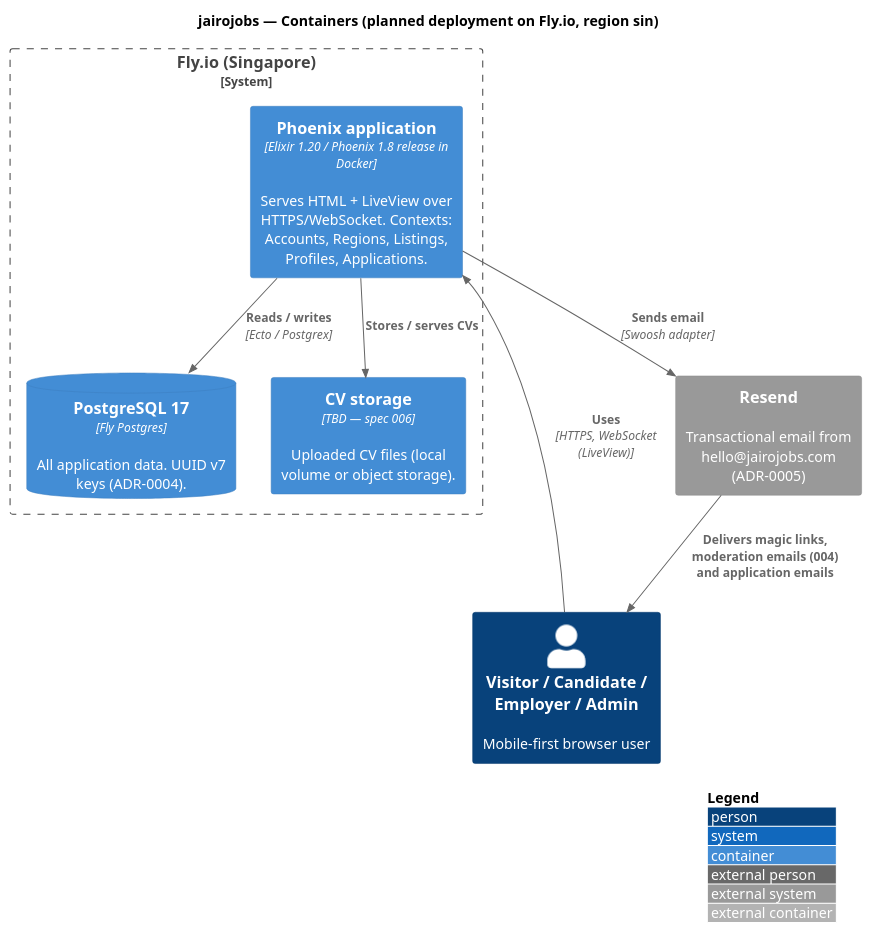
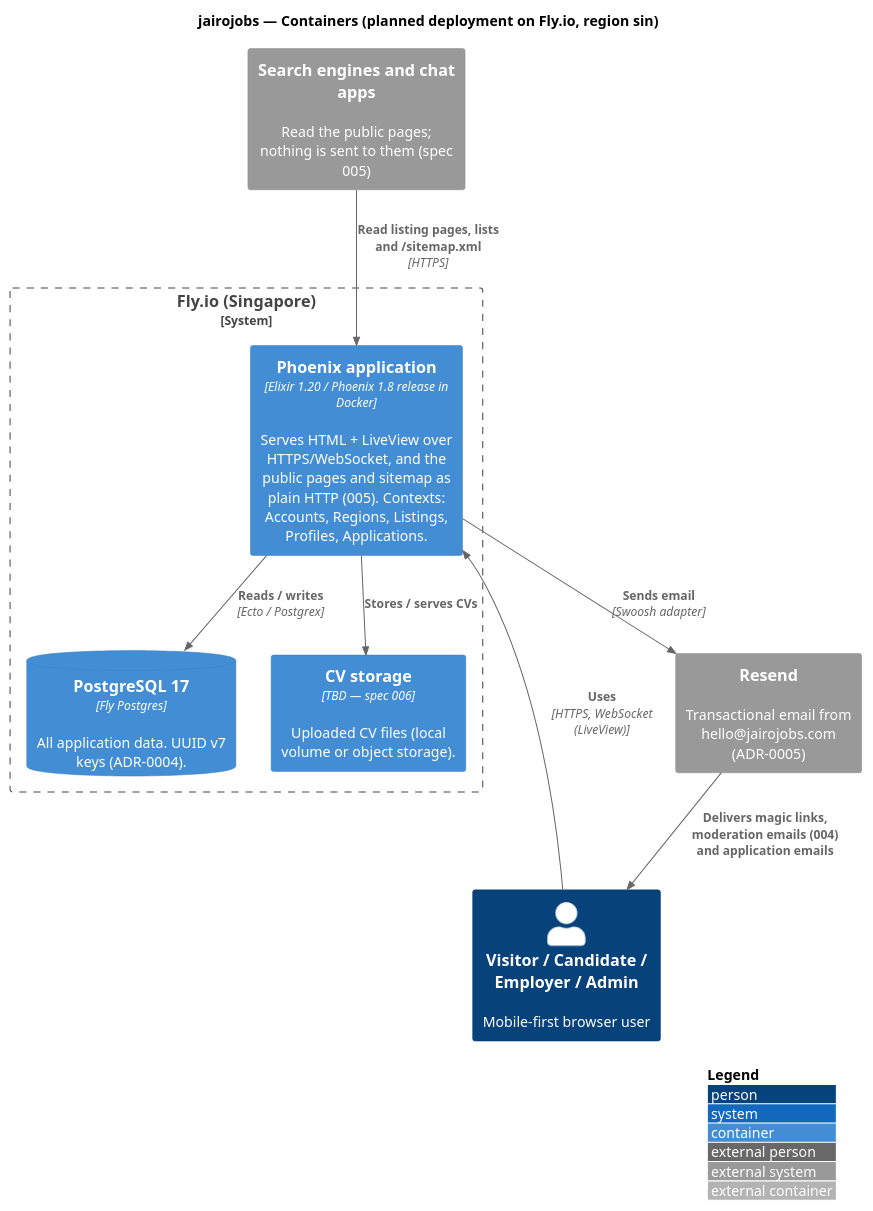
Before and after one commit to raseniero/jairojobs-elixir: the diagram in docs/architecture/diagrams/src/c4-container-system.puml, drawn with PlantUML. The commit also changed 10 other files, not shown here.

Commit message:
feat(browse): sitemap of the public pages (REQ-005-9)

```diff
--- a/docs/architecture/diagrams/src/c4-container-system.puml
+++ b/docs/architecture/diagrams/src/c4-container-system.puml
@@ -1,26 +1,28 @@
 @startuml c4-container-system
 ' C4 Level 2 — Containers. The deployable pieces and how they talk.
 ' Source of truth: docs/architecture/overview.md, ADR-0002, ADR-0003
 !include <C4/C4_Container>
 
 LAYOUT_WITH_LEGEND()
 
 title jairojobs — Containers (planned deployment on Fly.io, region sin)
 
 Person(user, "Visitor / Candidate / Employer / Admin", "Mobile-first browser user")
 
 System_Boundary(fly, "Fly.io (Singapore)") {
-  Container(app, "Phoenix application", "Elixir 1.20 / Phoenix 1.8 release in Docker", "Serves HTML + LiveView over HTTPS/WebSocket. Contexts: Accounts, Regions, Listings, Profiles, Applications.")
+  Container(app, "Phoenix application", "Elixir 1.20 / Phoenix 1.8 release in Docker", "Serves HTML + LiveView over HTTPS/WebSocket, and the public pages and sitemap as plain HTTP (005). Contexts: Accounts, Regions, Listings, Profiles, Applications.")
   ContainerDb(db, "PostgreSQL 17", "Fly Postgres", "All application data. UUID v7 keys (ADR-0004).")
   Container(files, "CV storage", "TBD — spec 006", "Uploaded CV files (local volume or object storage).")
 }
 
 System_Ext(email, "Resend", "Transactional email from hello@jairojobs.com (ADR-0005)")
+System_Ext(readers, "Search engines and chat apps", "Read the public pages; nothing is sent to them (spec 005)")
 
 Rel(user, app, "Uses", "HTTPS, WebSocket (LiveView)")
+Rel(readers, app, "Read listing pages, lists and /sitemap.xml", "HTTPS")
 Rel(app, db, "Reads / writes", "Ecto / Postgrex")
 Rel(app, files, "Stores / serves CVs")
 Rel(app, email, "Sends email", "Swoosh adapter")
 Rel(email, user, "Delivers magic links, moderation emails (004) and application emails")
 
 @enduml
```
